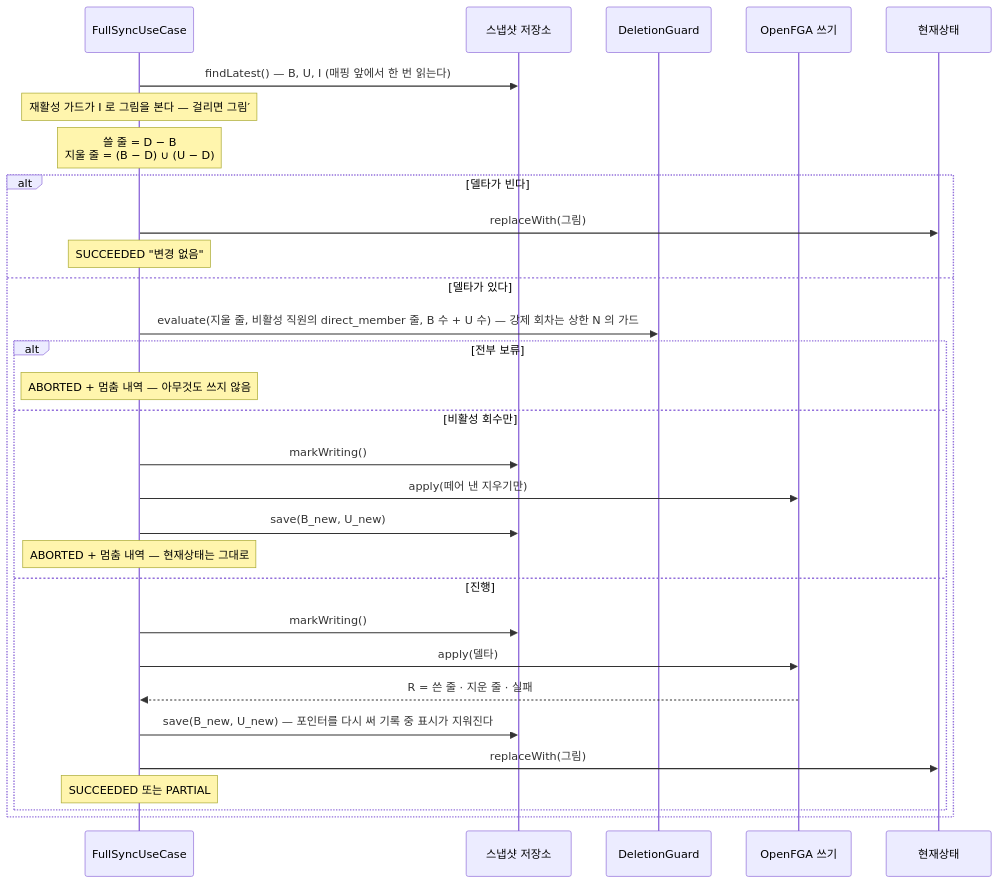
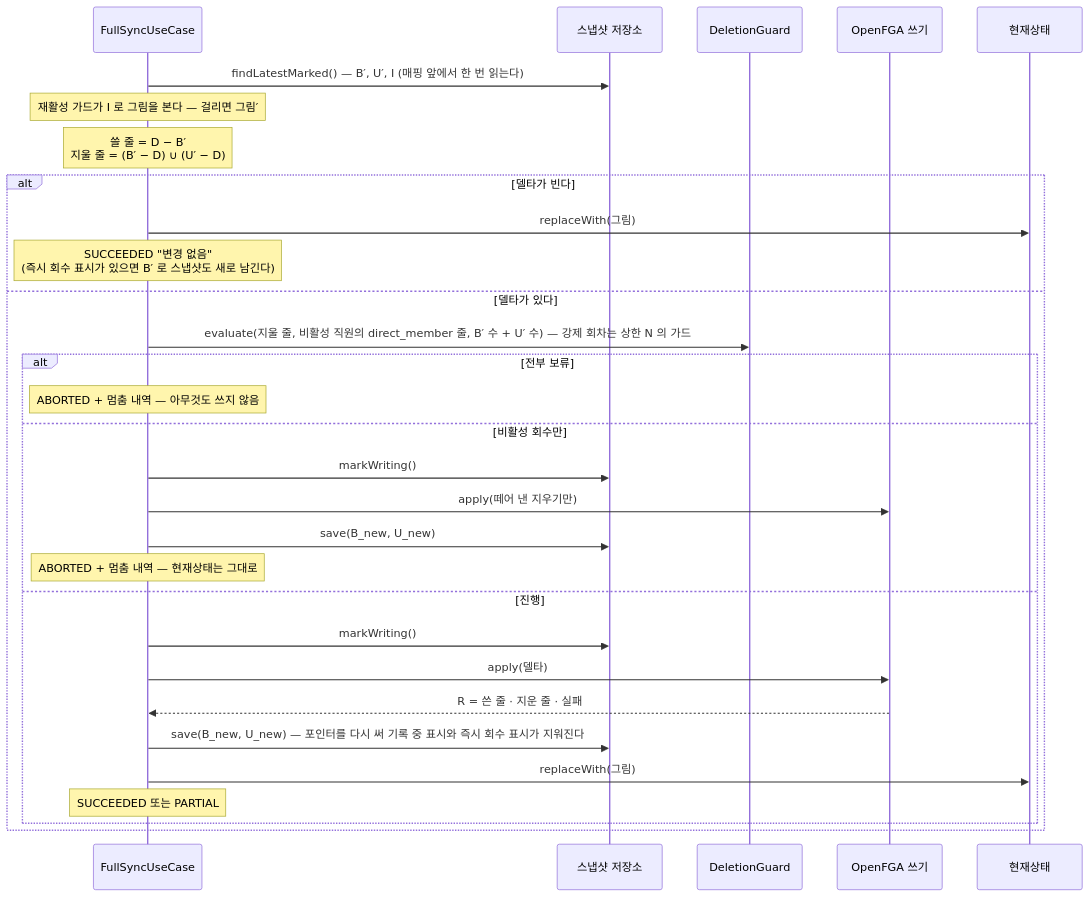
The second of 5 diagrams in docs/onboarding/05-LDAP-동기화.md (starryeye/organization), drawn with Mermaid before and after one commit. The commit also changed other lines of this file and 11 other files, not shown here.

````diff
--- a/docs/onboarding/05-LDAP-동기화.md
+++ b/docs/onboarding/05-LDAP-동기화.md
@@ -497,33 +498,33 @@
 ```mermaid
 sequenceDiagram
     participant J as FullSyncUseCase
     participant S as 스냅샷 저장소
     participant G as DeletionGuard
     participant W as OpenFGA 쓰기
     participant D as 현재상태
 
-    J->>S: findLatest() — B, U, I (매핑 앞에서 한 번 읽는다)
+    J->>S: findLatestMarked() — B′, U′, I (매핑 앞에서 한 번 읽는다)
     Note over J: 재활성 가드가 I 로 그림을 본다 — 걸리면 그림′
-    Note over J: 쓸 줄 = D − B<br/>지울 줄 = (B − D) ∪ (U − D)
+    Note over J: 쓸 줄 = D − B′<br/>지울 줄 = (B′ − D) ∪ (U′ − D)
     alt 델타가 빈다
         J->>D: replaceWith(그림)
-        Note over J: SUCCEEDED "변경 없음"
+        Note over J: SUCCEEDED "변경 없음"<br/>(즉시 회수 표시가 있으면 B′ 로 스냅샷도 새로 남긴다)
     else 델타가 있다
-        J->>G: evaluate(지울 줄, 비활성 직원의 direct_member 줄, B 수 + U 수) — 강제 회차는 상한 N 의 가드
+        J->>G: evaluate(지울 줄, 비활성 직원의 direct_member 줄, B′ 수 + U′ 수) — 강제 회차는 상한 N 의 가드
         alt 전부 보류
             Note over J: ABORTED + 멈춤 내역 — 아무것도 쓰지 않음
         else 비활성 회수만
             J->>S: markWriting()
             J->>W: apply(떼어 낸 지우기만)
             J->>S: save(B_new, U_new)
             Note over J: ABORTED + 멈춤 내역 — 현재상태는 그대로
         else 진행
             J->>S: markWriting()
             J->>W: apply(델타)
             W-->>J: R = 쓴 줄 · 지운 줄 · 실패
-            J->>S: save(B_new, U_new) — 포인터를 다시 써 기록 중 표시가 지워진다
+            J->>S: save(B_new, U_new) — 포인터를 다시 써 기록 중 표시와 즉시 회수 표시가 지워진다
             J->>D: replaceWith(그림)
             Note over J: SUCCEEDED 또는 PARTIAL
         end
     end
 ```
````
